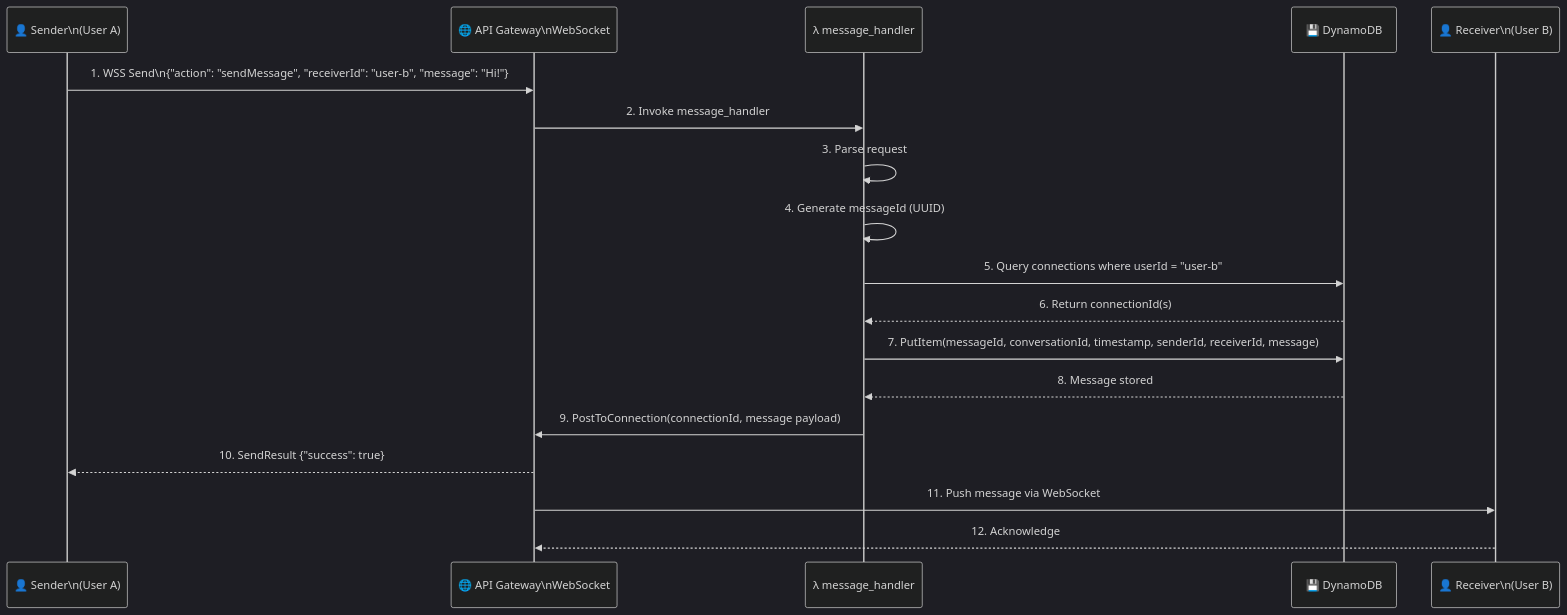
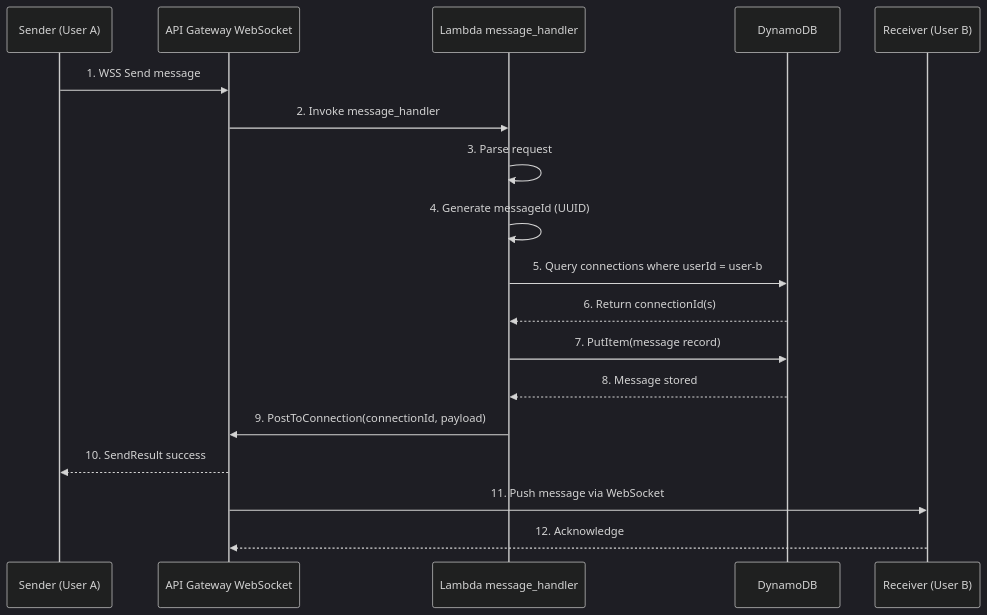
The fourth of 9 diagrams in technical_flow/architecture_diagram.md (sanketkkeni/messenger), drawn with Mermaid (dark theme) before and after one commit. The commit also changed other lines of this file and 2 other files, not shown here.

Commit message:
Fix Mermaid diagrams (remove special chars) and add architecture_diagram.md references

````diff
--- a/technical_flow/architecture_diagram.md
+++ b/technical_flow/architecture_diagram.md
@@ -155,21 +154,21 @@
 ```mermaid
 sequenceDiagram
-    participant Sender as 👤 Sender\n(User A)
-    participant APIGW as 🌐 API Gateway\nWebSocket
-    participant Lambda as λ message_handler
-    participant DynamoDB as 💾 DynamoDB
-    participant Receiver as 👤 Receiver\n(User B)
+    participant Sender as Sender (User A)
+    participant APIGW as API Gateway WebSocket
+    participant Lambda as Lambda message_handler
+    participant DynamoDB as DynamoDB
+    participant Receiver as Receiver (User B)
 
-    Sender->>APIGW: 1. WSS Send\n{"action": "sendMessage", "receiverId": "user-b", "message": "Hi!"}
+    Sender->>APIGW: 1. WSS Send message
     APIGW->>Lambda: 2. Invoke message_handler
     Lambda->>Lambda: 3. Parse request
     Lambda->>Lambda: 4. Generate messageId (UUID)
-    Lambda->>DynamoDB: 5. Query connections where userId = "user-b"
+    Lambda->>DynamoDB: 5. Query connections where userId = user-b
     DynamoDB-->>Lambda: 6. Return connectionId(s)
-    Lambda->>DynamoDB: 7. PutItem(messageId, conversationId, timestamp, senderId, receiverId, message)
+    Lambda->>DynamoDB: 7. PutItem(message record)
     DynamoDB-->>Lambda: 8. Message stored
-    Lambda->>APIGW: 9. PostToConnection(connectionId, message payload)
-    APIGW-->>Sender: 10. SendResult {"success": true}
+    Lambda->>APIGW: 9. PostToConnection(connectionId, payload)
+    APIGW-->>Sender: 10. SendResult success
     APIGW->>Receiver: 11. Push message via WebSocket
     Receiver-->>APIGW: 12. Acknowledge
 ```
````
